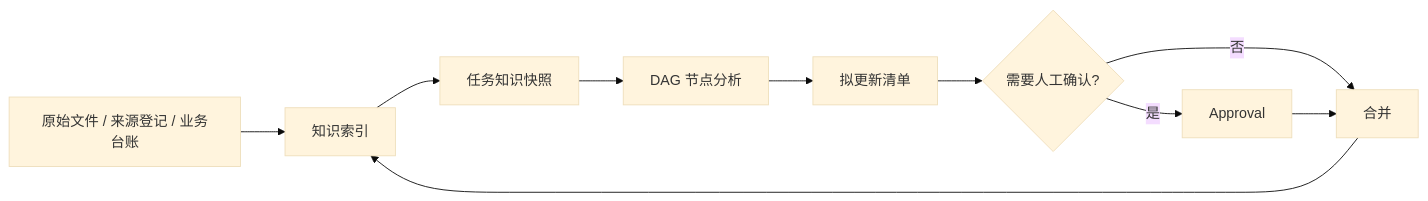
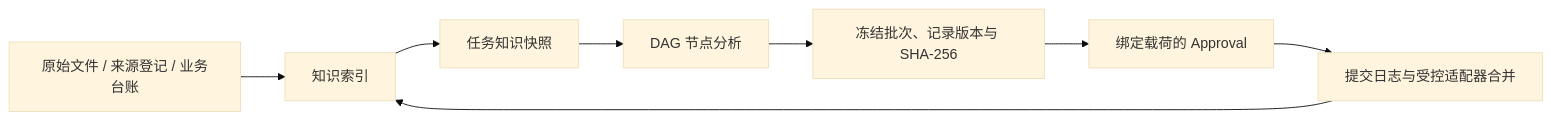
The second of 2 diagrams in docs/轻本体插件架构.md (WH2020/WorkFlow_Market), drawn with Mermaid (base theme) before and after one commit. The commit also changed other lines of this file and 26 other files, not shown here.

````diff
--- a/docs/轻本体插件架构.md
+++ b/docs/轻本体插件架构.md
@@ -88,12 +94,10 @@
 ```mermaid
 flowchart LR
     F[原始文件 / 来源登记 / 业务台账] --> I[知识索引]
     I --> S[任务知识快照]
     S --> W[DAG 节点分析]
-    W --> C[拟更新清单]
-    C --> H{需要人工确认?}
-    H -->|是| A[Approval]
-    H -->|否| M[合并]
-    A --> M
+    W --> C[冻结批次、记录版本与 SHA-256]
+    C --> A[绑定载荷的 Approval]
+    A --> M[提交日志与受控适配器合并]
     M --> I
 ```
````
